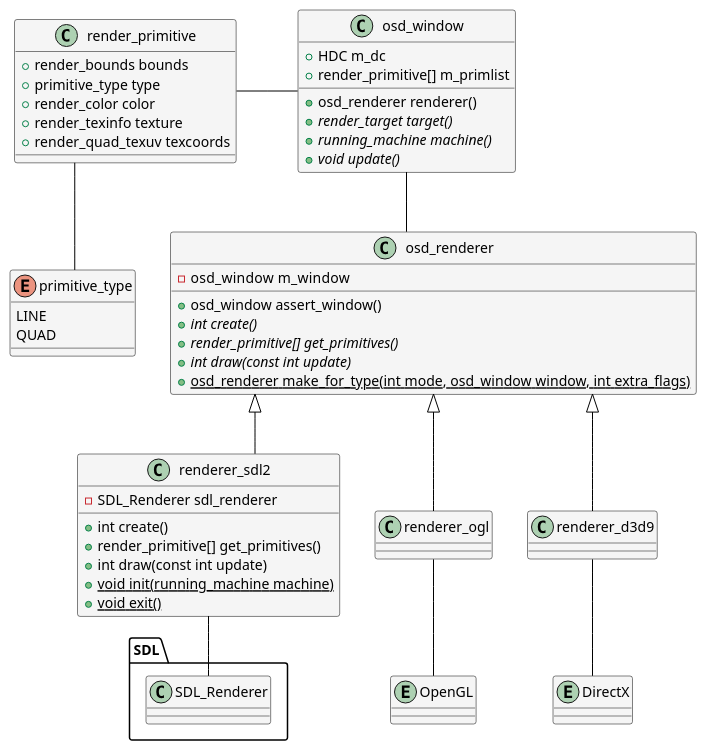
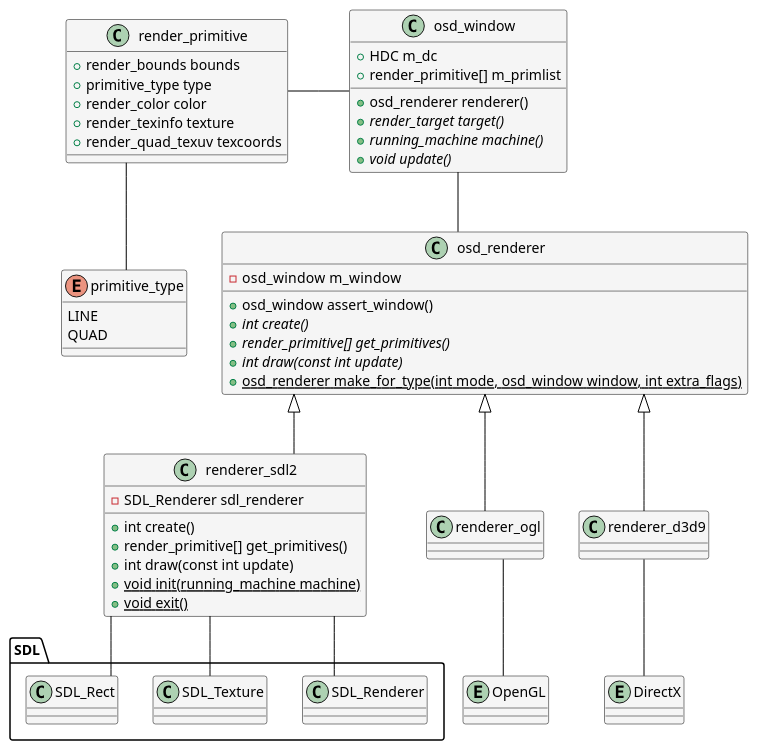
Before and after one commit to mikymaione/MAMEStreamingPlatform: the diagram in Streaming/UML/class_renderingSDLFull.puml, drawn with PlantUML. The commit also changed 9 other files, not shown here.

```diff
--- a/Streaming/UML/class_renderingSDLFull.puml
+++ b/Streaming/UML/class_renderingSDLFull.puml
@@ -1,70 +1,75 @@
 @startuml
 skinparam Shadowing false
 skinparam LineType ortho
 skinparam ArrowColor black
 
 skinparam class {
     BackgroundColor WhiteSmoke
     BorderColor black
 }
 
 enum primitive_type
 {
 	LINE
 	QUAD
 }
 
 package SDL {
 	class SDL_Renderer
+	class SDL_Texture
+	class SDL_Rect
+	
 }
 
 class renderer_sdl2 {
 	-SDL_Renderer sdl_renderer
 	
 	+int create()
 	+render_primitive[] get_primitives()    
 	+int draw(const int update)
 	{static} +void init(running_machine machine)
 	{static} +void exit()
 }
 
 class render_primitive {
 	+render_bounds bounds
 	+primitive_type type
 	+render_color color
 	+render_texinfo texture
 	+render_quad_texuv texcoords
 }
 
 class osd_renderer {
     -osd_window  m_window
     +osd_window assert_window()
     {abstract} +int create()
     {abstract} +render_primitive[] get_primitives()
     {abstract} +int draw(const int update)
     {static} +osd_renderer make_for_type(int mode, osd_window window, int extra_flags)
 }
 
 class osd_window {
     +HDC m_dc
     +render_primitive[] m_primlist
     +osd_renderer renderer()        
     {abstract} +render_target target()    
     {abstract} +running_machine machine()
     {abstract} +void update()    
 }
 
 entity DirectX
 entity OpenGL
 
 renderer_ogl -u-|> osd_renderer
 renderer_ogl -d- OpenGL
 renderer_d3d9 -u-|> osd_renderer
 renderer_d3d9 -d- DirectX
 renderer_sdl2 -u-|> osd_renderer
-renderer_sdl2 -d- SDL_Renderer
+renderer_sdl2 -- SDL_Renderer
+renderer_sdl2 -- SDL_Texture
+renderer_sdl2 -- SDL_Rect
 
 osd_renderer -u- osd_window
 osd_window -l- render_primitive
 render_primitive -d- primitive_type
 @enduml
```
